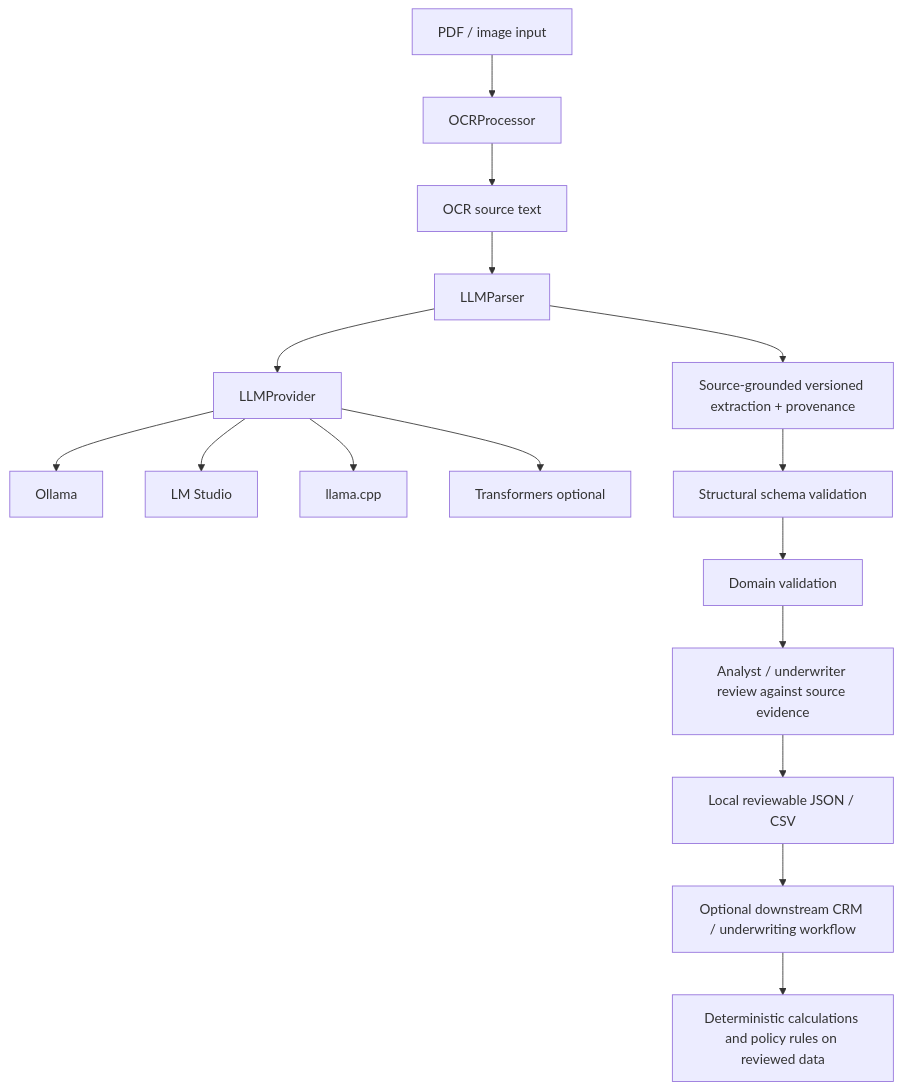
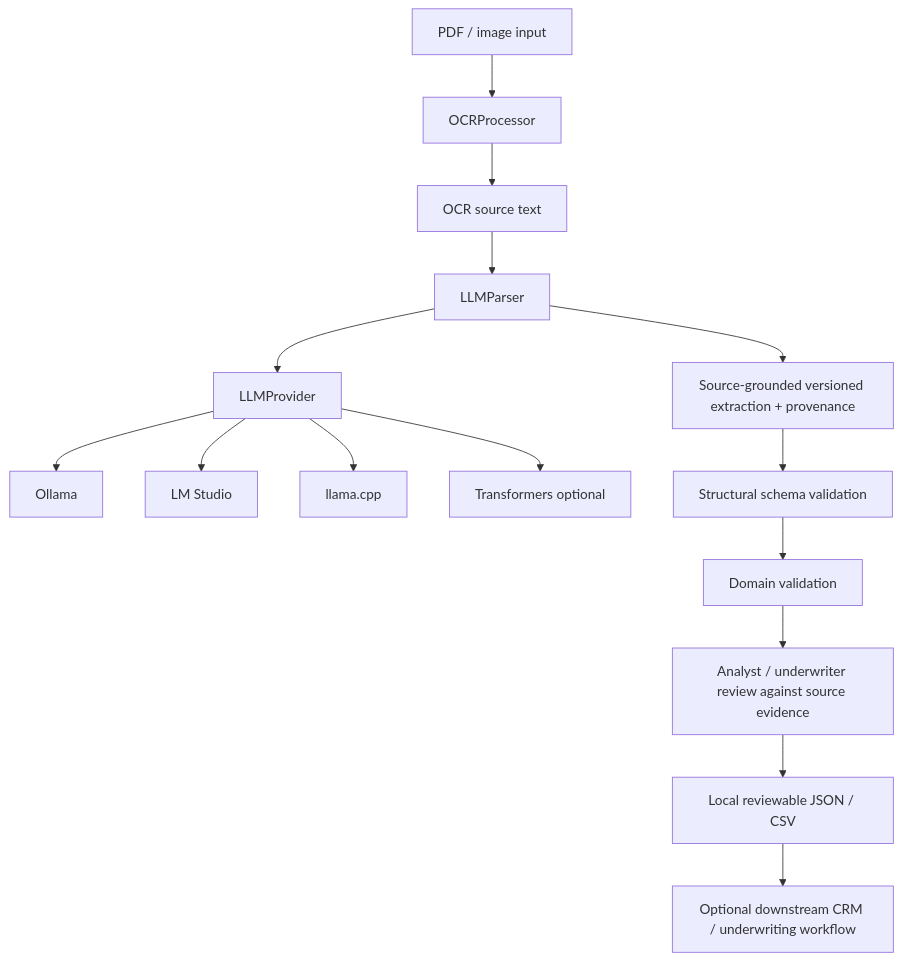
The diagram in docs/ARCHITECTURE.md (JDavydovPortfolio/MoneyPulse), drawn with Mermaid before and after one commit. The commit also changed other lines of this file, not shown here.

Commit message:
Align architecture with implemented document-processing pipeline

````diff
--- a/docs/ARCHITECTURE.md
+++ b/docs/ARCHITECTURE.md
@@ -7,18 +7,17 @@
 ```mermaid
 flowchart TD
     A[PDF / image input] --> B[OCRProcessor]
     B --> C[OCR source text]
     C --> D[LLMParser]
     D --> E[LLMProvider]
     E --> E1[Ollama]
     E --> E2[LM Studio]
     E --> E3[llama.cpp]
     E --> E4[Transformers optional]
     D --> F[Source-grounded versioned extraction + provenance]
     F --> G[Structural schema validation]
     G --> H[Domain validation]
     H --> I[Analyst / underwriter review against source evidence]
     I --> J[Local reviewable JSON / CSV]
     J --> K[Optional downstream CRM / underwriting workflow]
-    K --> L[Deterministic calculations and policy rules on reviewed data]
 ```
````
